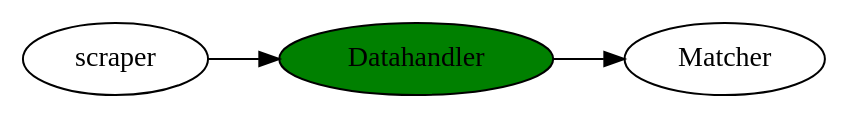
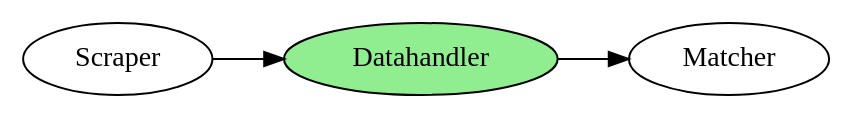
Before and after one commit to larsaars/KIP_EinfachErklaert: the diagram in midterm_review/grafiken/pipeline_2.dot, drawn with Graphviz. The commit also changed 3 other files, not shown here.

```diff
--- a/midterm_review/grafiken/pipeline_2.dot
+++ b/midterm_review/grafiken/pipeline_2.dot
@@ -1,7 +1,7 @@
 digraph G {
     rankdir=LR; // Direction from left to right
-    scraper; // Default style for scraper
-    Datahandler [style=filled, fillcolor=green]; // Datahandler is green
+    Scraper; // Default style for scraper
+    Datahandler [style=filled, fillcolor=lightgreen]; // Datahandler is green
     Matcher; // Default style for Matcher
-    scraper -> Datahandler -> Matcher; // Define the connections
+    Scraper -> Datahandler -> Matcher; // Define the connections
 }
```
